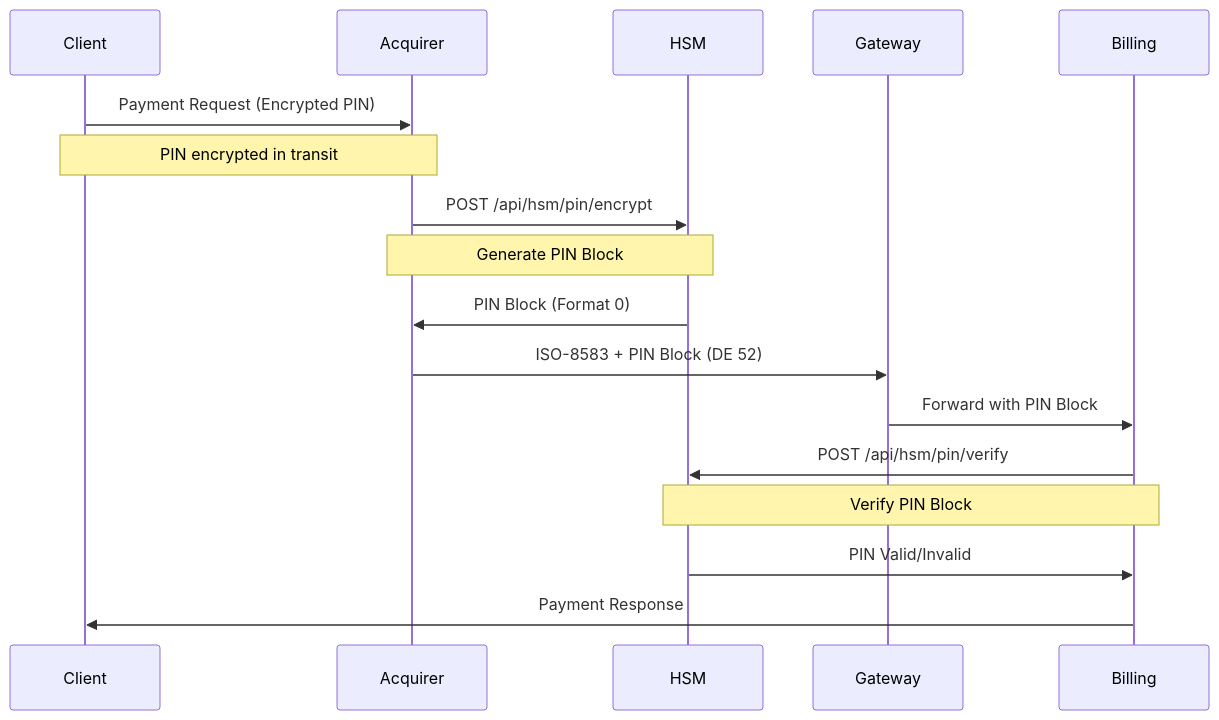
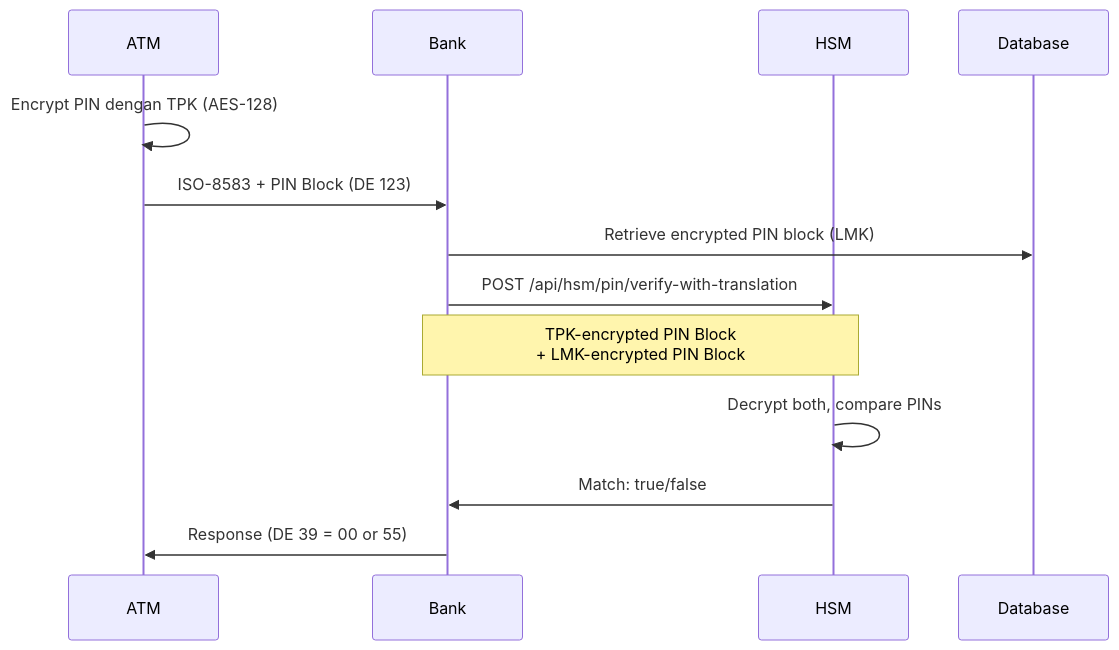
The third of 11 diagrams in workshop/day-4/INSTRUCTIONS.md (artivisi/training-spring-jpos-2025), drawn with Mermaid before and after one commit. The commit also changed other lines of this file and 30 other files, not shown here.

First line of the commit message:
rewrite workshop content from generic payment system to ATM banking system

````diff
--- a/workshop/day-4/INSTRUCTIONS.md
+++ b/workshop/day-4/INSTRUCTIONS.md
@@ -74,24 +77,18 @@
 ```mermaid
 sequenceDiagram
-    participant Client
-    participant Acquirer
+    participant ATM
+    participant Bank
     participant HSM
-    participant Gateway
-    participant Billing
+    participant Database
 
-    Client->>Acquirer: Payment Request (Encrypted PIN)
-    Note over Client,Acquirer: PIN encrypted in transit
+    ATM->>ATM: Encrypt PIN dengan TPK (AES-128)
+    ATM->>Bank: ISO-8583 + PIN Block (DE 123)
 
-    Acquirer->>HSM: POST /api/hsm/pin/encrypt
-    Note over Acquirer,HSM: Generate PIN Block
-    HSM->>Acquirer: PIN Block (Format 0)
+    Bank->>Database: Retrieve encrypted PIN block (LMK)
+    Bank->>HSM: POST /api/hsm/pin/verify-with-translation
+    Note over Bank,HSM: TPK-encrypted PIN Block<br/>+ LMK-encrypted PIN Block
 
-    Acquirer->>Gateway: ISO-8583 + PIN Block (DE 52)
-    Gateway->>Billing: Forward with PIN Block
-
-    Billing->>HSM: POST /api/hsm/pin/verify
-    Note over Billing,HSM: Verify PIN Block
-    HSM->>Billing: PIN Valid/Invalid
-
-    Billing->>Client: Payment Response
+    HSM->>HSM: Decrypt both, compare PINs
+    HSM->>Bank: Match: true/false
+    Bank->>ATM: Response (DE 39 = 00 or 55)
 ```
````
